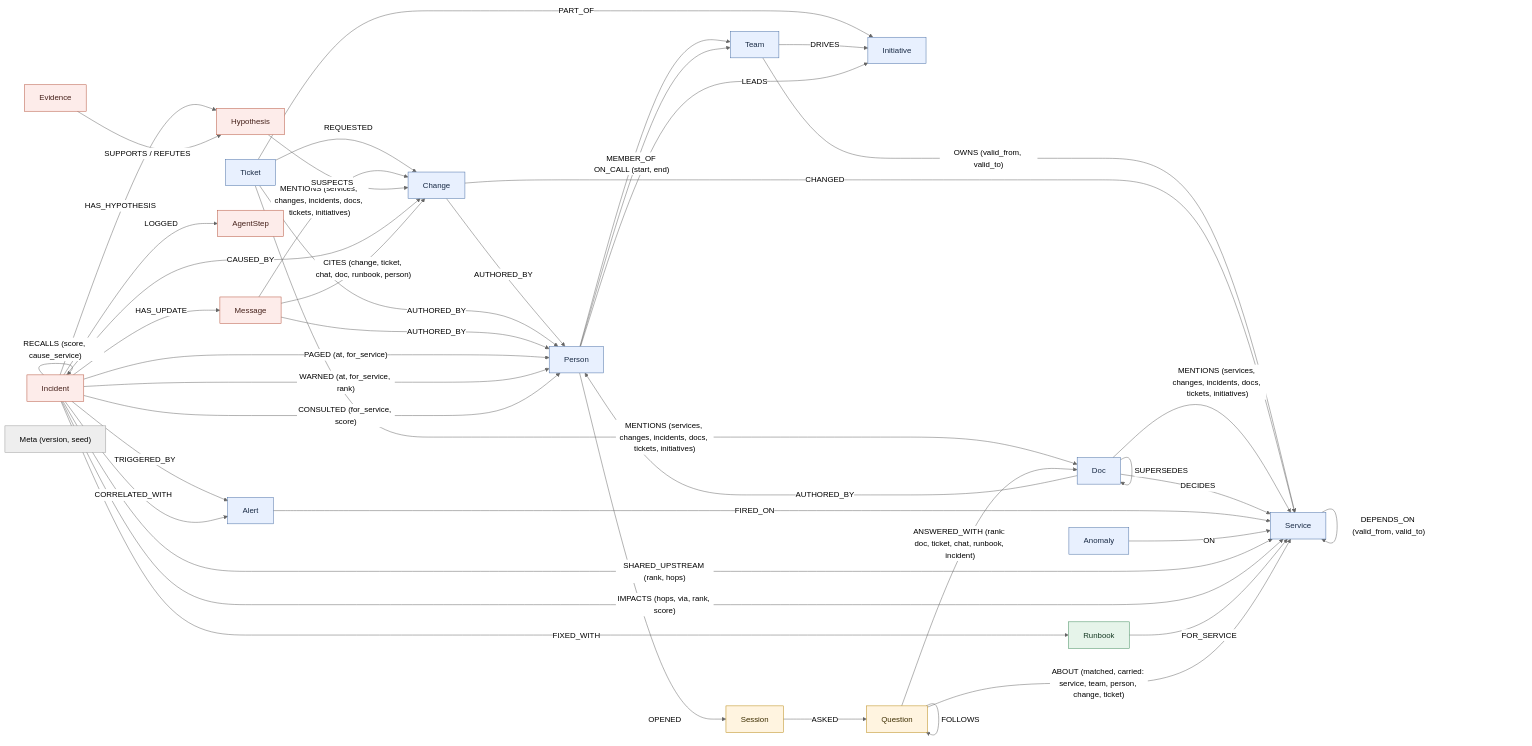
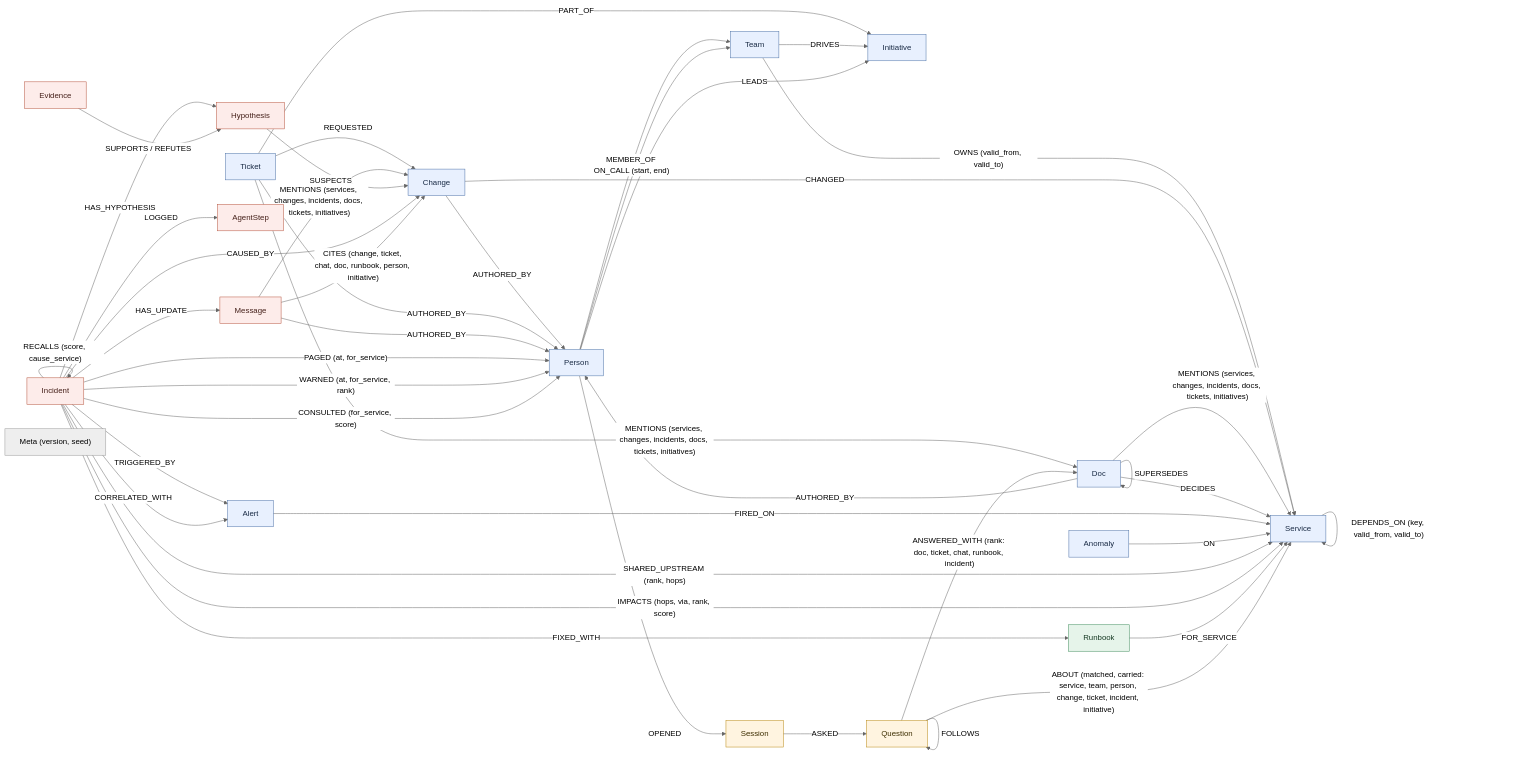
One commit to harz05/oncall-brain changed the diagram in docs/DATA_MODEL.md. Above: the diagram before and after it, drawn with Mermaid (neutral theme). The commit also changed other lines of this file and 271 other files, not shown here.

Commit message:
docs: plain, current docs with architecture and graph model diagrams; drop internal notes

````diff
--- a/docs/DATA_MODEL.md
+++ b/docs/DATA_MODEL.md
@@ -19,55 +19,55 @@
 ```mermaid
 flowchart LR
   Person -->|MEMBER_OF| Team
   Person -->|"ON_CALL (start, end)"| Team
   Team -->|"OWNS (valid_from, valid_to)"| Service
-  Service -->|"DEPENDS_ON (valid_from, valid_to)"| Service
+  Service -->|"DEPENDS_ON (key, valid_from, valid_to)"| Service
   Change -->|CHANGED| Service
   Change -->|AUTHORED_BY| Person
   Ticket -->|REQUESTED| Change
   Ticket -->|PART_OF| Initiative
   Team -->|DRIVES| Initiative
   Person -->|LEADS| Initiative
   Ticket -->|AUTHORED_BY| Person
   Ticket -->|"MENTIONS (services, changes, incidents, docs, tickets, initiatives)"| Doc
   Message -->|"MENTIONS (services, changes, incidents, docs, tickets, initiatives)"| Change
   Message -->|AUTHORED_BY| Person
   Doc -->|"MENTIONS (services, changes, incidents, docs, tickets, initiatives)"| Service
   Doc -->|DECIDES| Service
   Doc -->|SUPERSEDES| Doc
   Doc -->|AUTHORED_BY| Person
   Alert -->|FIRED_ON| Service
   Anomaly -->|ON| Service
   Incident -->|TRIGGERED_BY| Alert
   Incident -->|CORRELATED_WITH| Alert
   Incident -->|"SHARED_UPSTREAM (rank, hops)"| Service
   Incident -->|"IMPACTS (hops, via, rank, score)"| Service
   Incident -->|"PAGED (at, for_service)"| Person
   Incident -->|"WARNED (at, for_service, rank)"| Person
   Incident -->|"CONSULTED (for_service, score)"| Person
   Incident -->|HAS_HYPOTHESIS| Hypothesis
   Hypothesis -->|SUSPECTS| Change
   Evidence -->|"SUPPORTS / REFUTES"| Hypothesis
   Incident -->|"RECALLS (score, cause_service)"| Incident
   Incident -->|CAUSED_BY| Change
   Incident -->|FIXED_WITH| Runbook
   Runbook -->|FOR_SERVICE| Service
   Incident -->|LOGGED| AgentStep
   Incident -->|HAS_UPDATE| Message
-  Message -->|"CITES (change, ticket, chat, doc, runbook, person)"| Change
+  Message -->|"CITES (change, ticket, chat, doc, runbook, person, initiative)"| Change
   Person -->|OPENED| Session
   Session -->|ASKED| Question
   Question -->|FOLLOWS| Question
-  Question -->|"ABOUT (matched, carried: service, team, person, change, ticket)"| Service
+  Question -->|"ABOUT (matched, carried: service, team, person, change, ticket, incident, initiative)"| Service
   Question -->|"ANSWERED_WITH (rank: doc, ticket, chat, runbook, incident)"| Doc
   Meta["Meta (version, seed)"]
 
   classDef semantic fill:#e8f0fe,stroke:#4a6fa5,color:#1a2b45
   classDef episodic fill:#fdecea,stroke:#b5523b,color:#45201a
   classDef procedural fill:#e6f4ea,stroke:#3d8b5a,color:#173a24
   classDef conversational fill:#fff4e0,stroke:#b8860b,color:#3d2e00
   class Team,Person,Service,Change,Ticket,Doc,Initiative,Alert,Anomaly semantic
   class Incident,Hypothesis,Evidence,AgentStep,Message episodic
   class Runbook procedural
   class Session,Question conversational
 ```
````
